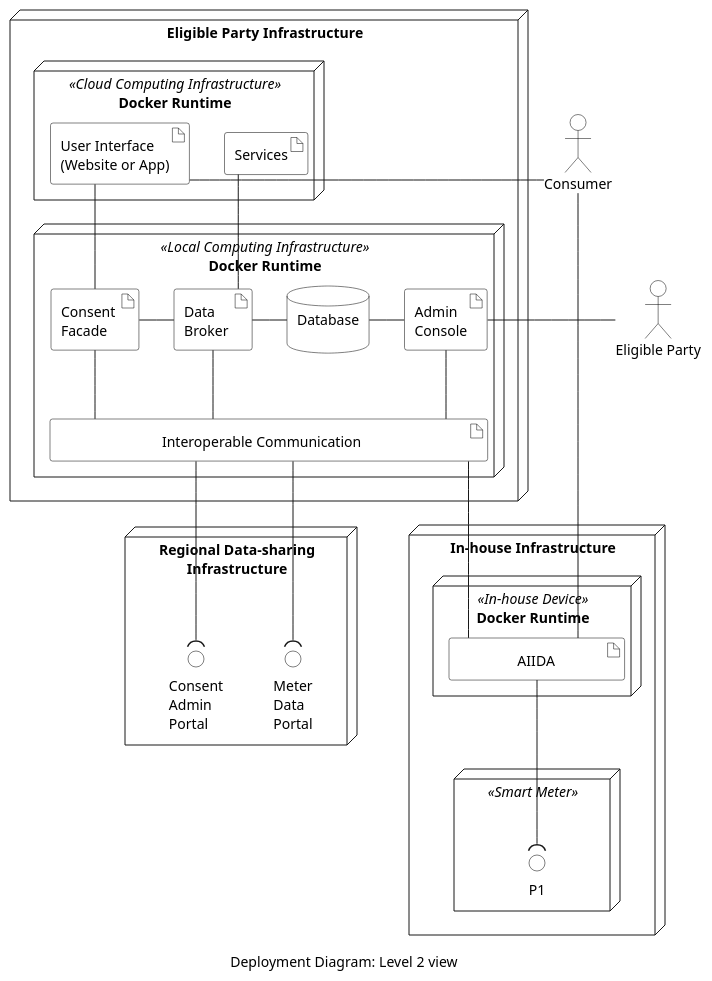
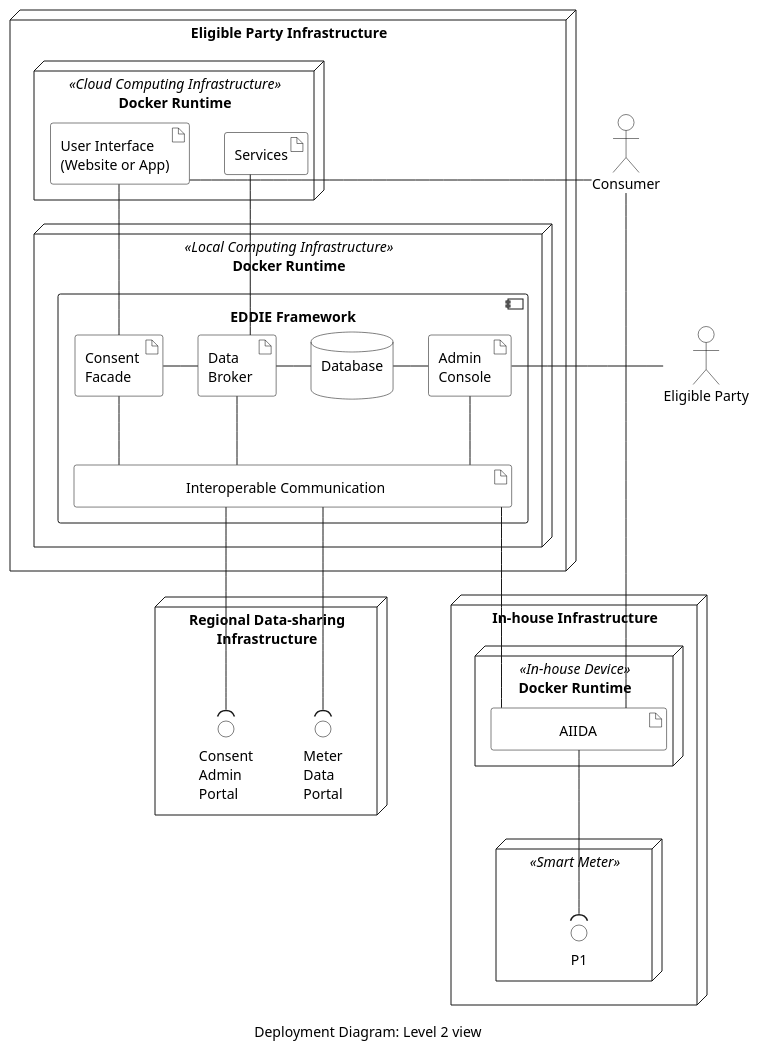
The diagram in arc42/07-deployment-view/figures/deployment-diagram-level-2.puml (eddie-energy/architecture), drawn with PlantUML before and after one commit. The commit also changed 3 other files, not shown here.

Commit message:
Minor changes on diagram artifacts & components

```diff
--- a/arc42/07-deployment-view/figures/deployment-diagram-level-2.puml
+++ b/arc42/07-deployment-view/figures/deployment-diagram-level-2.puml
@@ -1,80 +1,82 @@
 @startuml deployment-diagram-level-2
 'deployment diagram
 caption Deployment Diagram: Level 2 view
 
 skinparam linetype ortho
 skinparam interface {
   backgroundColor transparent
   borderColor black
 }
 skinparam artifact{
   BorderColor black
   BackgroundColor transparent
 }
 skinparam actor{
   BorderColor black
   BackgroundColor transparent
 }
 skinparam database{
   BorderColor black
   BackgroundColor transparent
 }
 skinparam rectangle{
   BorderColor transparent
   BackgroundColor transparent
   FontColor transparent
 }
 
 node "Eligible Party Infrastructure" as epInfra{
   node "Docker Runtime" <<Local Computing Infrastructure>> as local {    
+    component "EDDIE Framework" {
     artifact "Consent \nFacade" as consentFacade
     artifact "Data \nBroker " as broker
     database "Database\n" as database
     artifact "Admin \nConsole" as adminConsole
     artifact "\t\t\t    Interoperable Communication\t\t\t\t" as comm
+    }
   }
   node "Docker Runtime" <<Cloud Computing Infrastructure>> as cloud{
     artifact "User Interface \n(Website or App)" as ui
     artifact "Services" as services
   }
 
   ui -down- consentFacade
   ui -[hidden]right- services
   consentFacade -right- broker
   broker -right- database
   broker -down- comm
   database -right-adminConsole
   broker -up- services
   adminConsole -down- comm
 
 }
 node "In-house Infrastructure" {
   node "Docker Runtime" <<In-house Device>> as house{
     artifact "\t\tAIIDA\t\t" as aiida
   }
   node " " <<Smart Meter>> as meter {
       interface "P1" as p1
   }
   aiida -down-( p1 : "\t"
 }
 
 node "Regional Data-sharing\nInfrastructure" as energyProvider {
   interface "Meter\nData\nPortal" as dataPortal
   interface "Consent\nAdmin\nPortal" as adminPortal
 }
 
 actor "Consumer" as consumer
 actor "Eligible Party" as admin
   admin -left- adminConsole
 
 consumer ---- aiida
 consumer - ui
 
 comm -down-( dataPortal
 comm -down-( adminPortal
 consentFacade -down- comm
 
 aiida -up- comm
 
 
 @enduml
```
